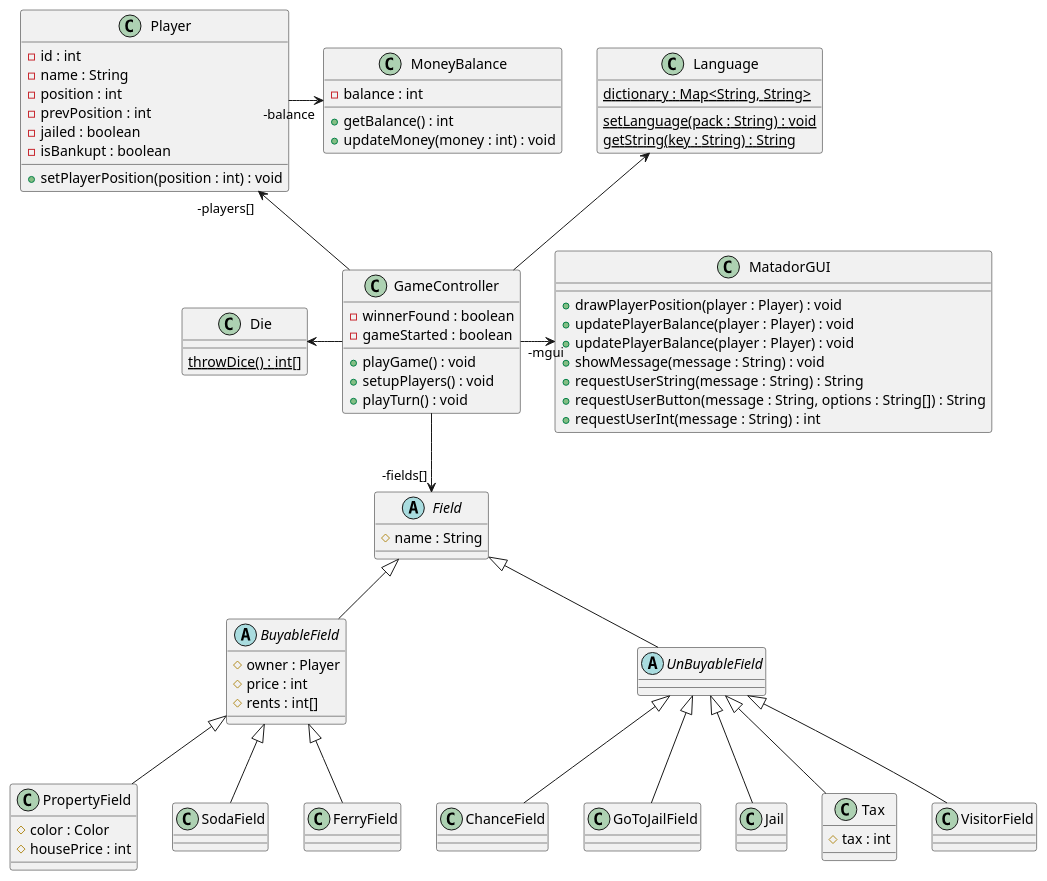
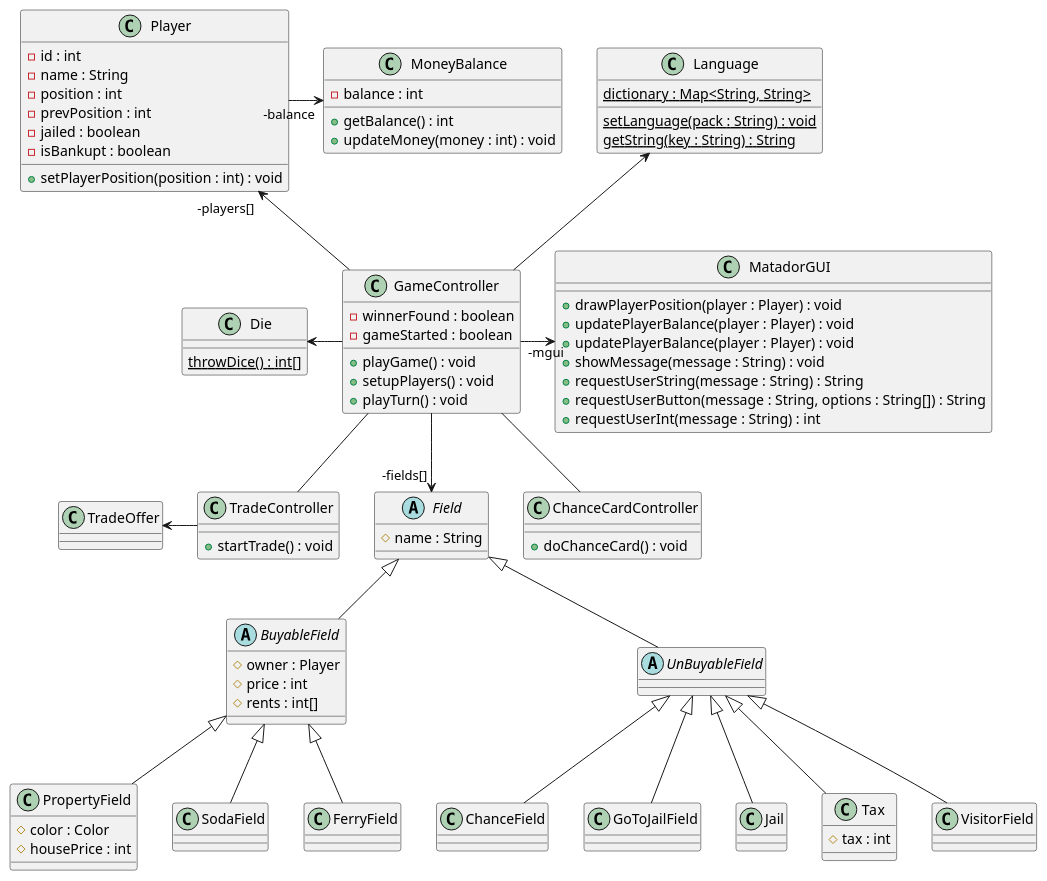
Before and after one commit to Magnusrk/G16.Matador: the diagram in src/UML/design_class_dont_delete.puml, drawn with PlantUML. The commit also changed 2 other files, not shown here.

```diff
--- a/src/UML/design_class_dont_delete.puml
+++ b/src/UML/design_class_dont_delete.puml
@@ -1,115 +1,130 @@
 @startuml
 'https://plantuml.com/class-diagram
 
 
 
 
 class Player {
 -id : int
 -name : String
 -position : int
 -prevPosition : int
 -jailed : boolean
 -isBankupt : boolean
 +setPlayerPosition(position : int) : void
 
 }
 
 class MoneyBalance{
 - balance : int
 +getBalance() : int
 +updateMoney(money : int) : void
 }
 
 abstract class Field{
 #name : String
 }
 
 class PropertyField{
 #color : Color
 #housePrice : int
 }
 
 class ChanceField{}
 
 class Language{
 {static}dictionary : Map<String, String>
 {static}setLanguage(pack : String) : void
 {static}getString(key : String) : String
 
 
 }
 
 class GoToJailField{}
 
 class Jail{}
 class Tax{
 #tax : int
 }
 
 class SodaField {}
 
 class FerryField {}
 
 class MatadorGUI {
 +drawPlayerPosition(player : Player) : void
 +updatePlayerBalance(player : Player) : void
 +updatePlayerBalance(player : Player) : void
 +showMessage(message : String) : void
 +requestUserString(message : String) : String
 +requestUserButton(message : String, options : String[]) : String
 +requestUserInt(message : String) : int
 
 }
 
 
 class Die {
 {static} throwDice() : int[]
 }
 
 class GameController{
 -winnerFound : boolean
 -gameStarted : boolean
-
 +playGame() : void
 +setupPlayers() : void
 +playTurn() : void
 }
+
+class ChanceCardController{
++doChanceCard() : void
+}
+
+class TradeController{
++startTrade() : void
+}
+
+class TradeOffer{
+
+}
+
 
 abstract class BuyableField {
 #owner : Player
 #price : int
 #rents : int[]
 }
 
 abstract class UnBuyableField {}
 
 class VisitorField {}
 
 
 
 Player "-players[]   " <-- " " GameController
 GameController "  " --> "-fields[]" Field
 Field <|-- BuyableField
 Field <|-- UnBuyableField
 
 UnBuyableField <|-- GoToJailField
 UnBuyableField <|-- Jail
 UnBuyableField <|-- ChanceField
 UnBuyableField <|-- VisitorField
 UnBuyableField <|-- Tax
 
 BuyableField <|-- PropertyField
 BuyableField <|-- FerryField
 BuyableField <|-- SodaField
 
 MoneyBalance "-balance" <-left- " " Player
 
+GameController -- TradeController
+GameController -- ChanceCardController
+
 GameController -left-> Die
 GameController " " -right-> "-mgui" MatadorGUI
 Language " " <-- " " GameController
-
+TradeController -left-> TradeOffer
 
 
 
 @enduml
```
